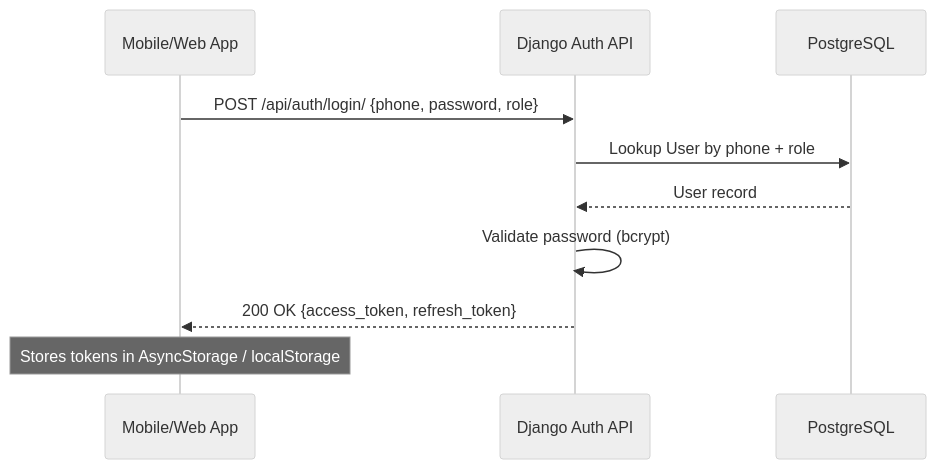
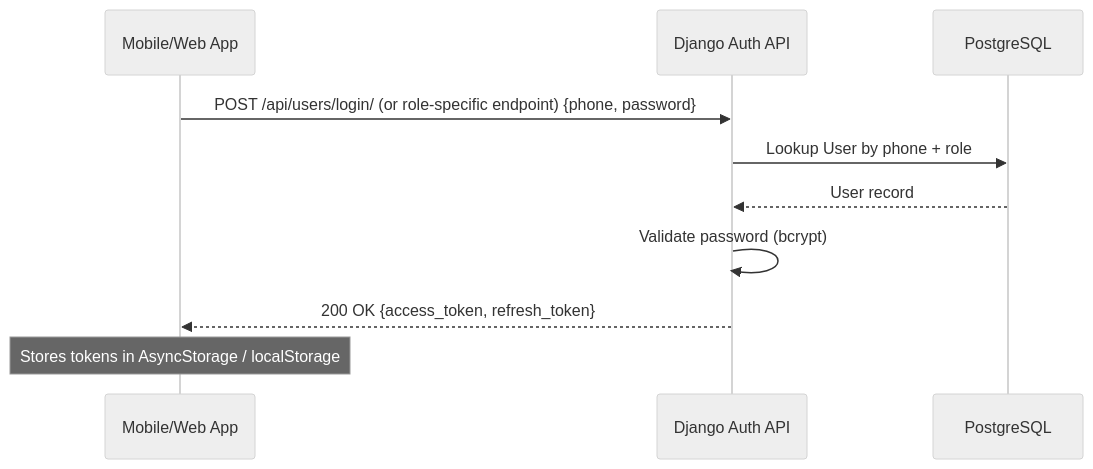
One commit to sanjaikumarask/uber--clone changed the diagram in docs/1.Users_Authentication/5.Workflows/Login.md. Above: the diagram before and after it, drawn with Mermaid (neutral theme). The commit also changed other lines of this file and 116 other files, not shown here.

````diff
--- a/docs/1.Users_Authentication/5.Workflows/Login.md
+++ b/docs/1.Users_Authentication/5.Workflows/Login.md
@@ -40,13 +40,13 @@
 ```mermaid
 sequenceDiagram
 participant App as Mobile/Web App
 participant API as Django Auth API
 participant DB as PostgreSQL
 
-App->>API: POST /api/auth/login/ {phone, password, role}
+App->>API: POST /api/users/login/ (or role-specific endpoint) {phone, password}
 API->>DB: Lookup User by phone + role
 DB-->>API: User record
 API->>API: Validate password (bcrypt)
 API-->>App: 200 OK {access_token, refresh_token}
 Note over App: Stores tokens in AsyncStorage / localStorage
 ```
````
